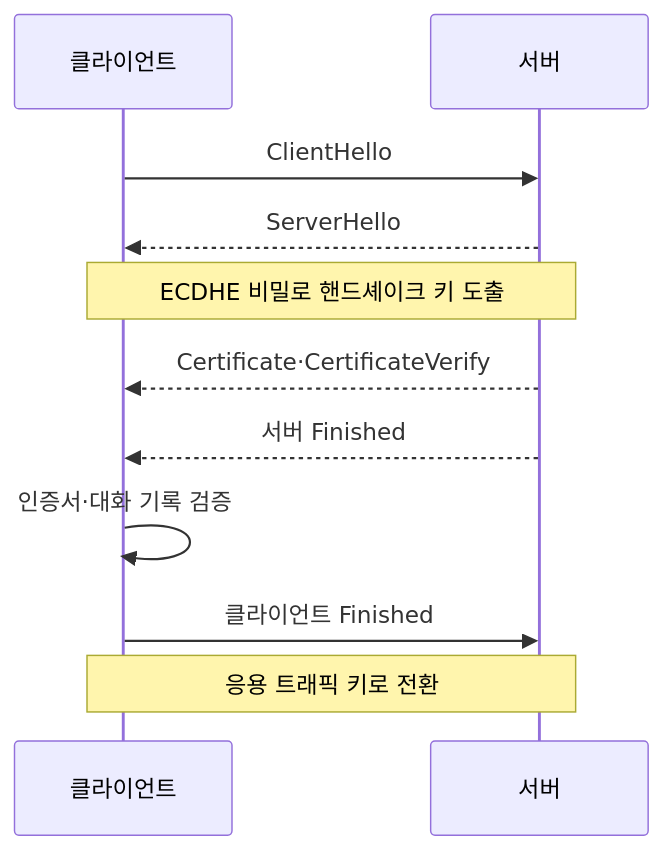
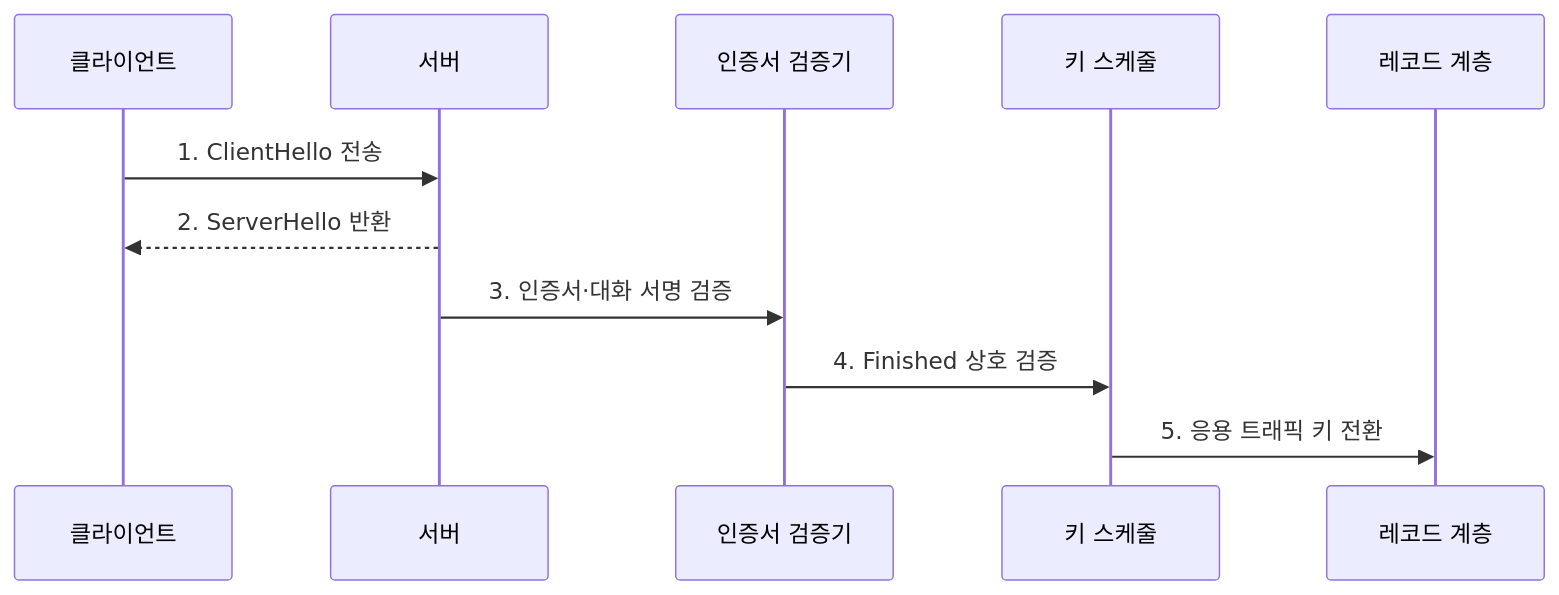
Before and after one commit to agnusdei1207/knowledge-base: the second of 2 diagrams in src/content/docs/notes/05-security/011_tls_1_3_handshake.md, drawn with Mermaid. The commit also changed other lines of this file and 22 other files, not shown here.

````diff
--- a/src/content/docs/notes/05-security/011_tls_1_3_handshake.md
+++ b/src/content/docs/notes/05-security/011_tls_1_3_handshake.md
@@ -91,13 +86,13 @@
 ```mermaid
 sequenceDiagram
     participant C as 클라이언트
     participant S as 서버
-    C->>S: ClientHello
-    S-->>C: ServerHello
-    Note over C,S: ECDHE 비밀로 핸드셰이크 키 도출
-    S-->>C: Certificate·CertificateVerify
-    S-->>C: 서버 Finished
-    C->>C: 인증서·대화 기록 검증
-    C->>S: 클라이언트 Finished
-    Note over C,S: 응용 트래픽 키로 전환
+    participant V as 인증서 검증기
+    participant K as 키 스케줄
+    participant R as 레코드 계층
+    C->>S: 1. ClientHello 전송
+    S-->>C: 2. ServerHello 반환
+    S->>V: 3. 인증서·대화 서명 검증
+    V->>K: 4. Finished 상호 검증
+    K->>R: 5. 응용 트래픽 키 전환
 ```
````
